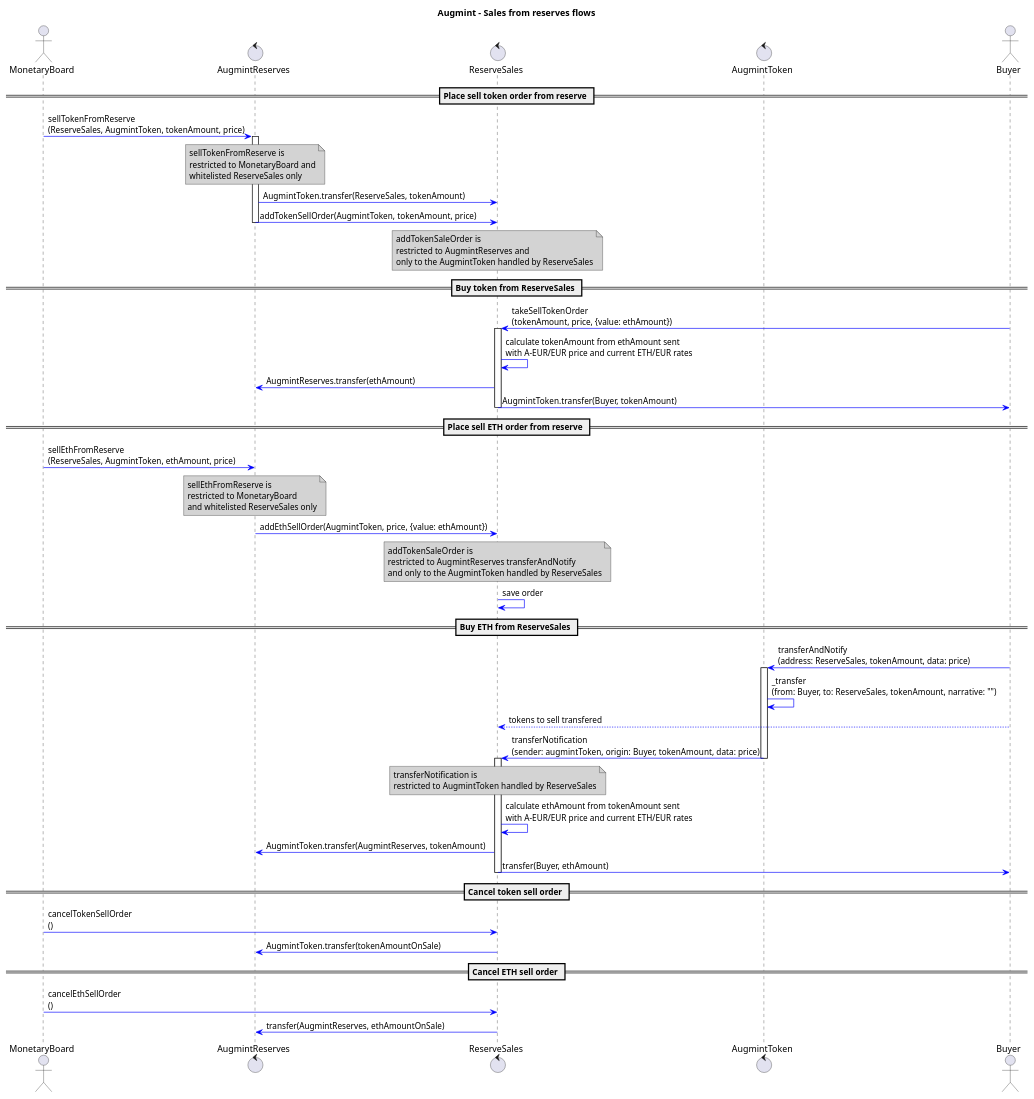
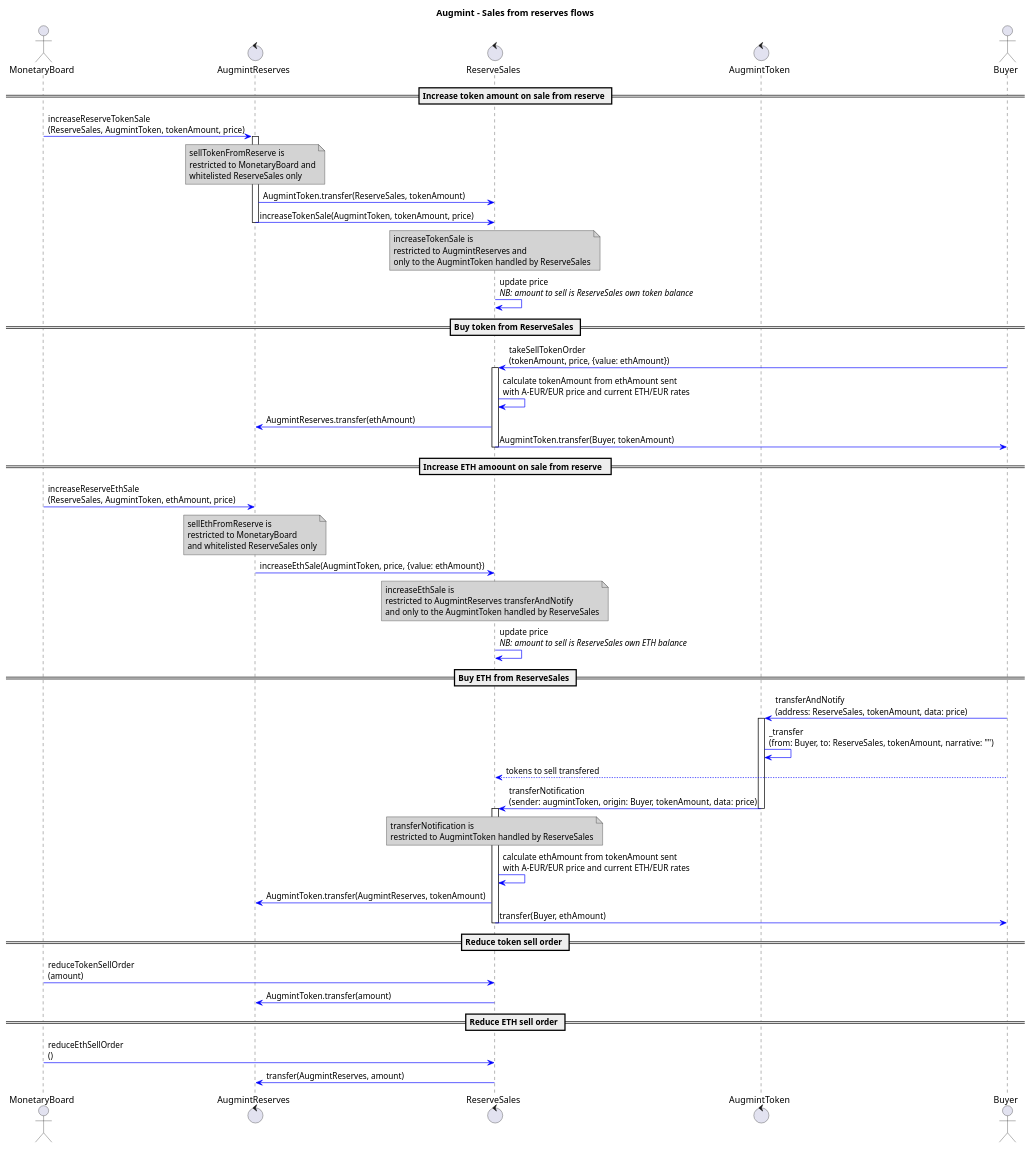
The diagram in docs/reserveSalesFlow.plantuml (Augmint/augmint-contracts), drawn with PlantUML before and after one commit. The commit also changed 1 other file, not shown here.

Commit message:
changed to increase/reduce amount instead of add/cancel order #18

```diff
--- a/docs/reserveSalesFlow.plantuml
+++ b/docs/reserveSalesFlow.plantuml
@@ -1,83 +1,84 @@
 @startuml
 title **Augmint** - Sales from reserves flows
 skinparam ArrowColor #blue
 skinparam noteBackgroundColor #lightgrey
 
 actor MonetaryBoard
 control AugmintReserves
 control ReserveSales
 control AugmintToken
 actor Buyer
 
-== Place sell token order from reserve ==
-MonetaryBoard -> AugmintReserves : sellTokenFromReserve\n(ReserveSales, AugmintToken, tokenAmount, price)
+== Increase token amount on sale from reserve ==
+MonetaryBoard -> AugmintReserves : increaseReserveTokenSale\n(ReserveSales, AugmintToken, tokenAmount, price)
 note over AugmintReserves
     sellTokenFromReserve is
     restricted to MonetaryBoard and
     whitelisted ReserveSales only
 end note
 
 activate AugmintReserves
     AugmintReserves -> ReserveSales : AugmintToken.transfer(ReserveSales, tokenAmount)
-    AugmintReserves -> ReserveSales : addTokenSellOrder(AugmintToken, tokenAmount, price)
+    AugmintReserves -> ReserveSales : increaseTokenSale(AugmintToken, tokenAmount, price)
 deactivate AugmintReserves
 
 note over ReserveSales
-    addTokenSaleOrder is
+    increaseTokenSale is
     restricted to AugmintReserves and
     only to the AugmintToken handled by ReserveSales
 end note
+ReserveSales -> ReserveSales : update price\n//NB: amount to sell is ReserveSales own token balance//
 
 == Buy token from ReserveSales ==
 Buyer -> ReserveSales : takeSellTokenOrder\n(tokenAmount, price, {value: ethAmount})
 activate ReserveSales
     ReserveSales -> ReserveSales : calculate tokenAmount from ethAmount sent\nwith A-EUR/EUR price and current ETH/EUR rates
     ReserveSales -> AugmintReserves : AugmintReserves.transfer(ethAmount)
     ReserveSales -> Buyer : AugmintToken.transfer(Buyer, tokenAmount)
 deactivate ReserveSales
 
-== Place sell ETH order from reserve ==
-MonetaryBoard -> AugmintReserves : sellEthFromReserve\n(ReserveSales, AugmintToken, ethAmount, price)
+== Increase ETH amoount on sale from reserve  ==
+MonetaryBoard -> AugmintReserves : increaseReserveEthSale\n(ReserveSales, AugmintToken, ethAmount, price)
 note over AugmintReserves
     sellEthFromReserve is
     restricted to MonetaryBoard
     and whitelisted ReserveSales only
 end note
 
-AugmintReserves -> ReserveSales : addEthSellOrder(AugmintToken, price, {value: ethAmount})
+AugmintReserves -> ReserveSales : increaseEthSale(AugmintToken, price, {value: ethAmount})
 
 note over ReserveSales
-    addTokenSaleOrder is
+    increaseEthSale is
     restricted to AugmintReserves transferAndNotify
     and only to the AugmintToken handled by ReserveSales
 end note
-ReserveSales -> ReserveSales : save order
+ReserveSales -> ReserveSales : update price\n//NB: amount to sell is ReserveSales own ETH balance//
 
 == Buy ETH from ReserveSales ==
 Buyer -> AugmintToken : transferAndNotify\n(address: ReserveSales, tokenAmount, data: price)
 
 activate AugmintToken
     AugmintToken -> AugmintToken : _transfer\n(from: Buyer, to: ReserveSales, tokenAmount, narrative: "")
     Buyer --> ReserveSales : tokens to sell transfered
     AugmintToken -> ReserveSales : transferNotification\n(sender: augmintToken, origin: Buyer, tokenAmount, data: price)
 deactivate AugmintToken
 
 note over ReserveSales
     transferNotification is
     restricted to AugmintToken handled by ReserveSales
 end note
 activate ReserveSales
     ReserveSales -> ReserveSales : calculate ethAmount from tokenAmount sent\nwith A-EUR/EUR price and current ETH/EUR rates
     ReserveSales -> AugmintReserves : AugmintToken.transfer(AugmintReserves, tokenAmount)
     ReserveSales -> Buyer : transfer(Buyer, ethAmount)
 deactivate ReserveSales
 
-== Cancel token sell order ==
-MonetaryBoard -> ReserveSales : cancelTokenSellOrder\n()
-ReserveSales -> AugmintReserves : AugmintToken.transfer(tokenAmountOnSale)
+== Reduce token sell order ==
+MonetaryBoard -> ReserveSales : reduceTokenSellOrder\n(amount)
+ReserveSales -> AugmintReserves : AugmintToken.transfer(amount)
 
-== Cancel ETH sell order ==
-MonetaryBoard -> ReserveSales : cancelEthSellOrder\n()
-ReserveSales -> AugmintReserves : transfer(AugmintReserves, ethAmountOnSale)
+== Reduce ETH sell order ==
+MonetaryBoard -> ReserveSales : reduceEthSellOrder\n()
+ReserveSales -> AugmintReserves : transfer(AugmintReserves, amount)
 
 @enduml
```
